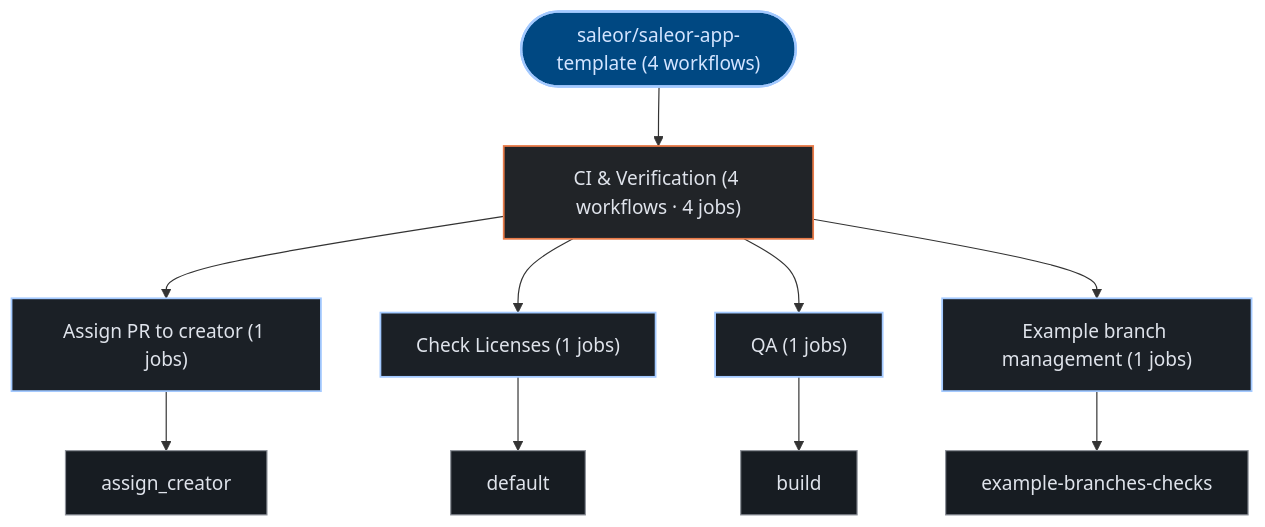
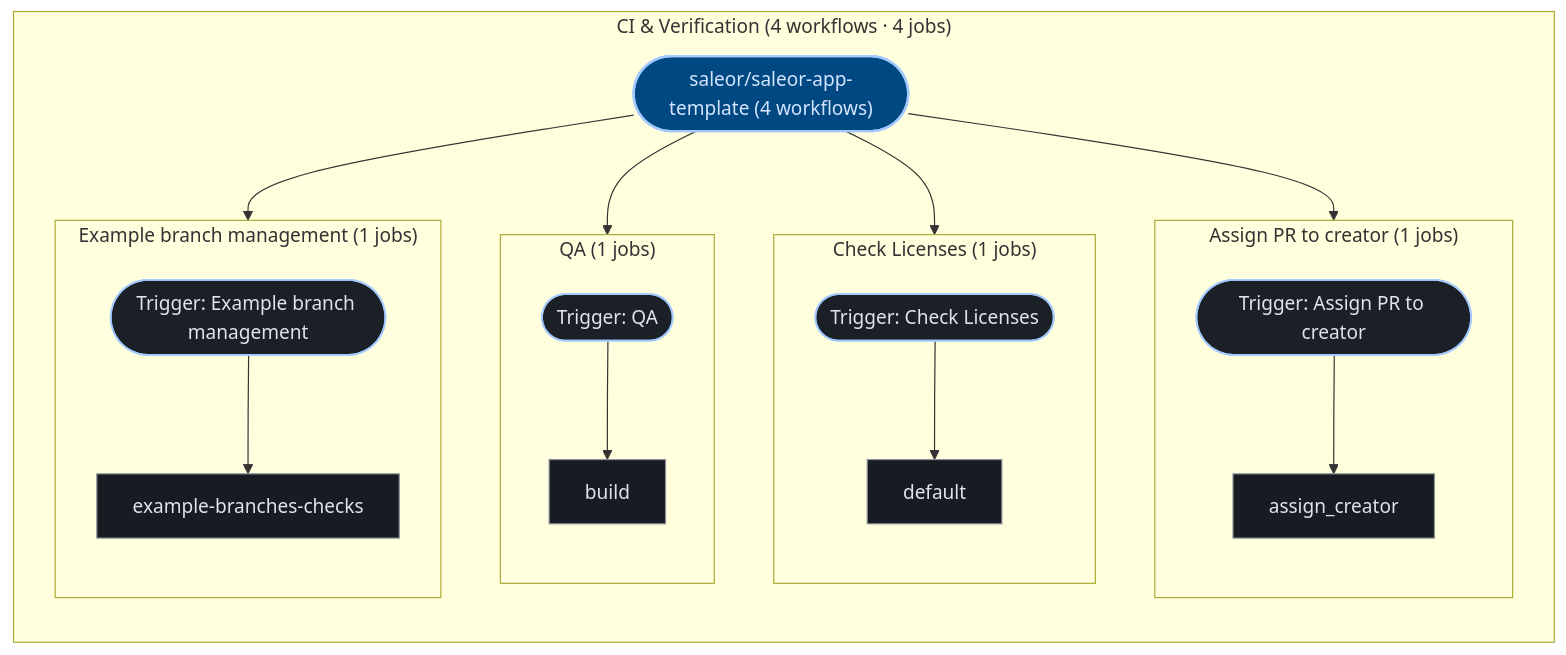
Before and after one commit to kumarshaz/atruss-code-atlas: the third of 3 diagrams in exports/latest/reports/saleor-saleor-app-template-report.md, drawn with Mermaid. The commit also changed 181 other files, not shown here.

````diff
--- a/exports/latest/reports/saleor-saleor-app-template-report.md
+++ b/exports/latest/reports/saleor-saleor-app-template-report.md
@@ -171,29 +171,42 @@
 ```mermaid
 graph TD;
   classDef atlasRoot fill:#004882,stroke:#a3c9ff,stroke-width:2px,color:#d3e4ff
   classDef atlasCategory fill:#212428,stroke:#E87A48,stroke-width:1.5px,color:#dfe3eb
   classDef atlasWorkflow fill:#1b2026,stroke:#a3c9ff,stroke-width:1.5px,color:#dfe3eb
   classDef atlasJob fill:#171c22,stroke:#8d9199,stroke-width:1px,color:#dfe3eb
   classDef atlasTarget fill:#005227,stroke:#8bd99b,stroke-width:1.5px,color:#a7f6b6
   classDef atlasAlert fill:#93000a,stroke:#ffb4ab,stroke-width:1.5px,color:#ffdad6
   classDef atlasMore fill:#252a31,stroke:#8d9199,stroke-dasharray:4 4,color:#c3c6cf
   pipeline_root(["saleor/saleor-app-template (4 workflows)"]):::atlasRoot
-  grp_0_CI___Verification["CI & Verification (4 workflows · 4 jobs)"]:::atlasCategory
-  pipeline_root --> grp_0_CI___Verification
-  wf_0_Assign_PR_to_creator["Assign PR to creator (1 jobs)"]:::atlasWorkflow
-  grp_0_CI___Verification --> wf_0_Assign_PR_to_creator
-  job_0_assign_creator["assign_creator"]:::atlasJob
-  wf_0_Assign_PR_to_creator --> job_0_assign_creator
-  wf_1_Check_Licenses["Check Licenses (1 jobs)"]:::atlasWorkflow
-  grp_0_CI___Verification --> wf_1_Check_Licenses
-  job_1_default["default"]:::atlasJob
-  wf_1_Check_Licenses --> job_1_default
-  wf_2_QA["QA (1 jobs)"]:::atlasWorkflow
-  grp_0_CI___Verification --> wf_2_QA
-  job_2_build["build"]:::atlasJob
-  wf_2_QA --> job_2_build
-  wf_3_Example_branch_management["Example branch management (1 jobs)"]:::atlasWorkflow
-  grp_0_CI___Verification --> wf_3_Example_branch_management
-  job_3_example_branches_checks["example-branches-checks"]:::atlasJob
-  wf_3_Example_branch_management --> job_3_example_branches_checks
+  subgraph sg_grp_0_CI___Verification["CI & Verification (4 workflows · 4 jobs)"]
+    direction TB
+    subgraph sg_wf_0_Assign_PR_to_creator["Assign PR to creator (1 jobs)"]
+      direction TB
+      wf_0_Assign_PR_to_creator(["Trigger: Assign PR to creator"]):::atlasWorkflow
+      job_0_assign_creator["assign_creator"]:::atlasJob
+      wf_0_Assign_PR_to_creator --> job_0_assign_creator
+    end
+    pipeline_root --> wf_0_Assign_PR_to_creator
+    subgraph sg_wf_1_Check_Licenses["Check Licenses (1 jobs)"]
+      direction TB
+      wf_1_Check_Licenses(["Trigger: Check Licenses"]):::atlasWorkflow
+      job_1_default["default"]:::atlasJob
+      wf_1_Check_Licenses --> job_1_default
+    end
+    pipeline_root --> wf_1_Check_Licenses
+    subgraph sg_wf_2_QA["QA (1 jobs)"]
+      direction TB
+      wf_2_QA(["Trigger: QA"]):::atlasWorkflow
+      job_2_build["build"]:::atlasJob
+      wf_2_QA --> job_2_build
+    end
+    pipeline_root --> wf_2_QA
+    subgraph sg_wf_3_Example_branch_management["Example branch management (1 jobs)"]
+      direction TB
+      wf_3_Example_branch_management(["Trigger: Example branch management"]):::atlasWorkflow
+      job_3_example_branches_checks["example-branches-checks"]:::atlasJob
+      wf_3_Example_branch_management --> job_3_example_branches_checks
+    end
+    pipeline_root --> wf_3_Example_branch_management
+  end
 ```
````
